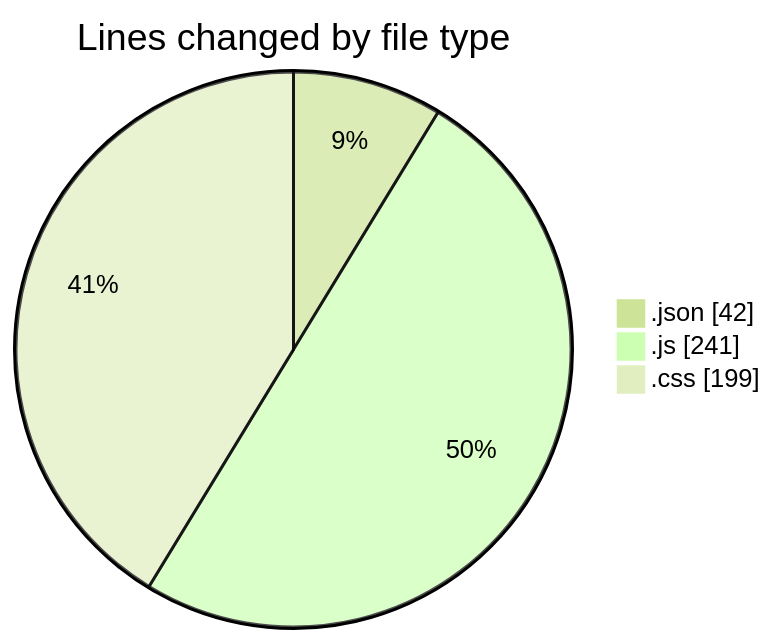
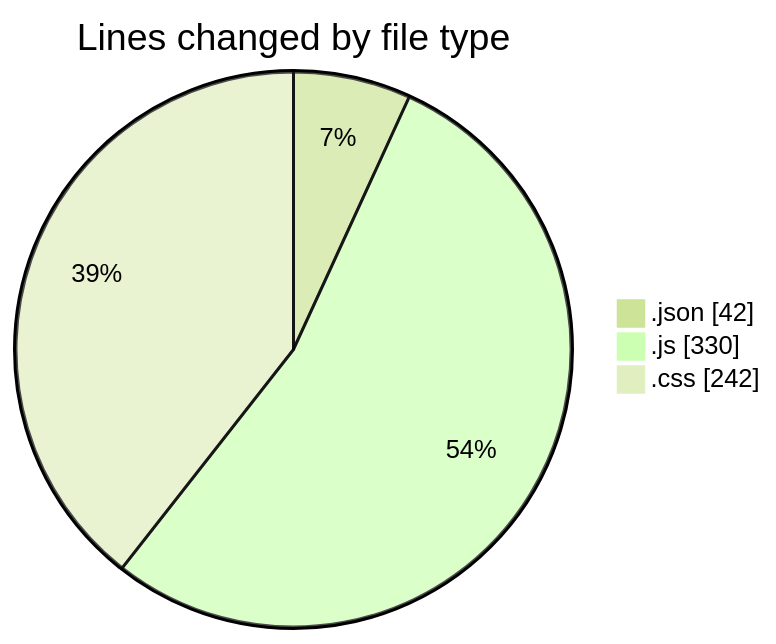
One commit to lephambinh05/code-tracking changed the first of 2 diagrams in 2025-09-16/quytuthien_vn/README.md. Above: the diagram before and after it, drawn with Mermaid (forest theme). The commit also changed other lines of this file and 1 other file, not shown here.

````diff
--- a/2025-09-16/quytuthien_vn/README.md
+++ b/2025-09-16/quytuthien_vn/README.md
@@ -27,7 +29,7 @@
 ```mermaid
 pie showData
 title Lines changed by file type
 ".json" : 42
-".js" : 241
-".css" : 199
+".js" : 330
+".css" : 242
 ```
````
